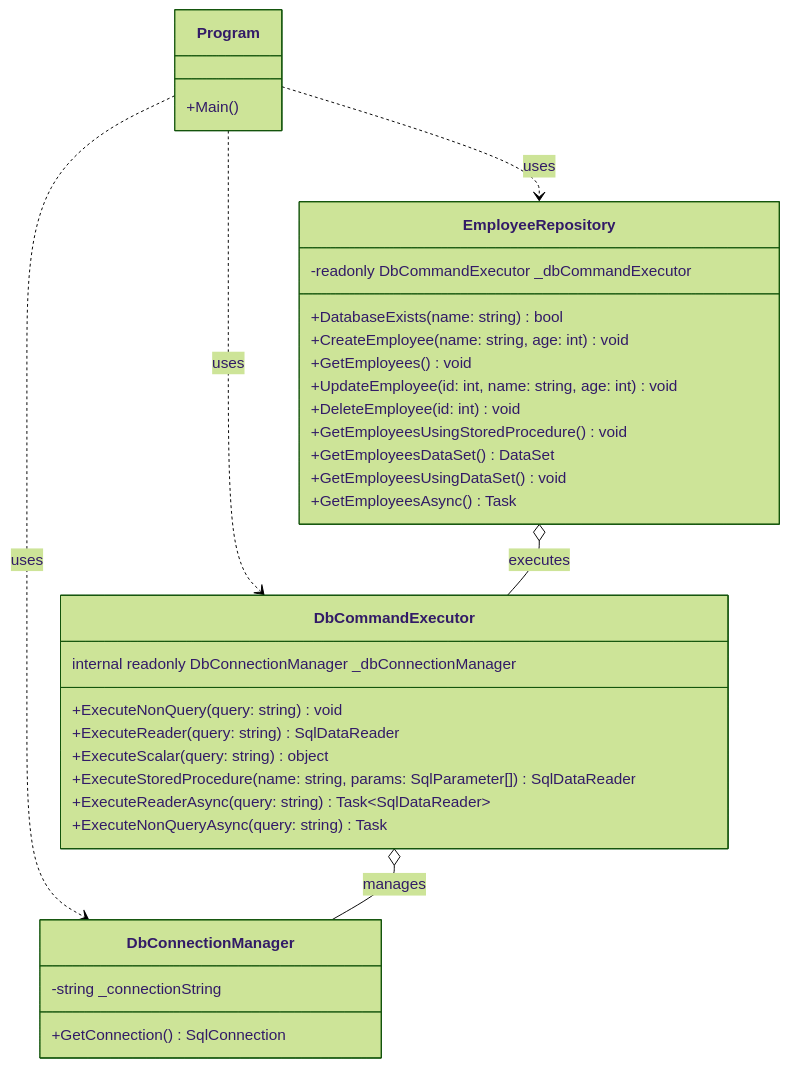
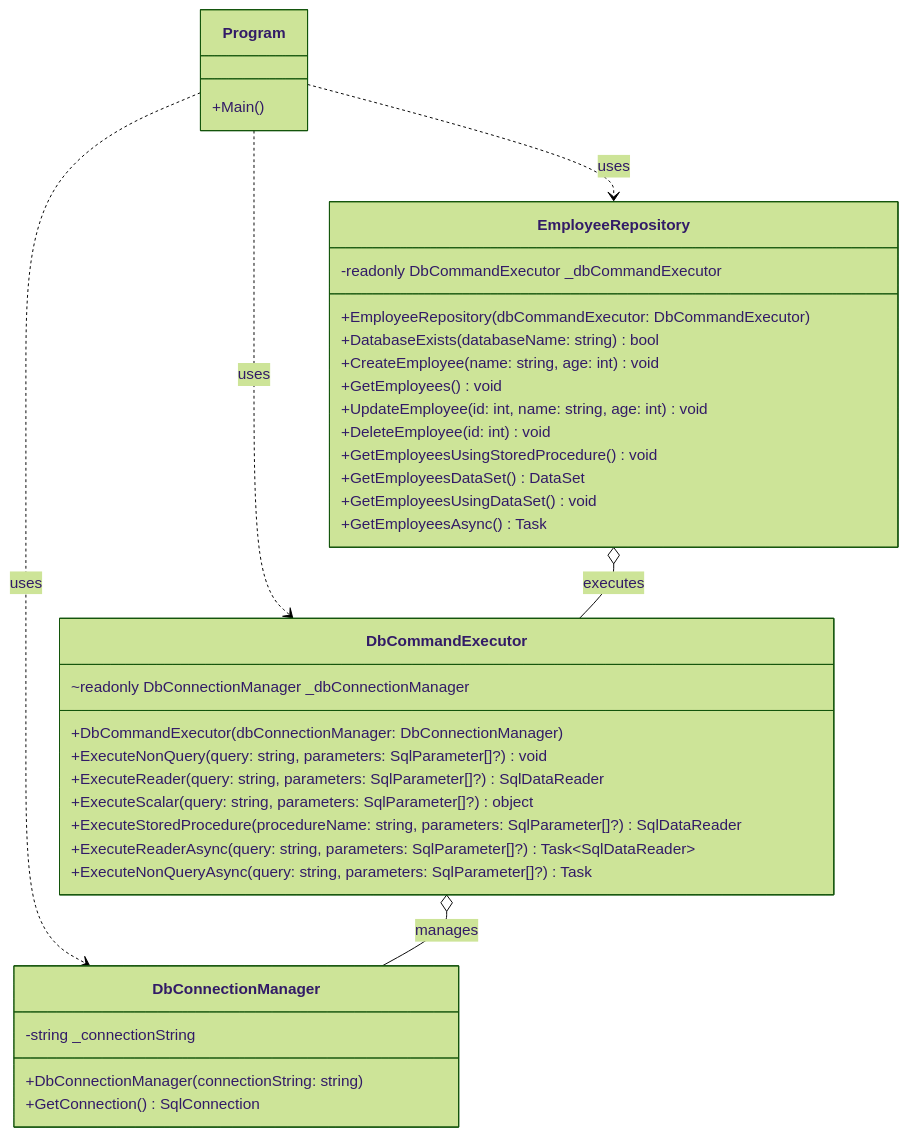
One commit to andikatjacobdennis/AdoDotNetCore changed the diagram in README.md. Above: the diagram before and after it, drawn with Mermaid (forest theme).

Commit message:
Updated class diagram

````diff
--- a/README.md
+++ b/README.md
@@ -104,41 +104,44 @@
 ```mermaid
 classDiagram
     class Program {
         +Main()
     }
 
     class DbConnectionManager {
         -string _connectionString
+        +DbConnectionManager(connectionString: string)
         +GetConnection() SqlConnection
     }
 
     class DbCommandExecutor {
-        internal readonly DbConnectionManager _dbConnectionManager
-        +ExecuteNonQuery(query: string) void
-        +ExecuteReader(query: string) SqlDataReader
-        +ExecuteScalar(query: string) object
-        +ExecuteStoredProcedure(name: string, params: SqlParameter[]) SqlDataReader
-        +ExecuteReaderAsync(query: string) Task~SqlDataReader~
-        +ExecuteNonQueryAsync(query: string) Task
+        ~readonly DbConnectionManager _dbConnectionManager
+        +DbCommandExecutor(dbConnectionManager: DbConnectionManager)
+        +ExecuteNonQuery(query: string, parameters: SqlParameter[]?) void
+        +ExecuteReader(query: string, parameters: SqlParameter[]?) SqlDataReader
+        +ExecuteScalar(query: string, parameters: SqlParameter[]?) object
+        +ExecuteStoredProcedure(procedureName: string, parameters: SqlParameter[]?) SqlDataReader
+        +ExecuteReaderAsync(query: string, parameters: SqlParameter[]?) Task~SqlDataReader~
+        +ExecuteNonQueryAsync(query: string, parameters: SqlParameter[]?) Task
     }
 
     class EmployeeRepository {
         -readonly DbCommandExecutor _dbCommandExecutor
-        +DatabaseExists(name: string) bool
+        +EmployeeRepository(dbCommandExecutor: DbCommandExecutor)
+        +DatabaseExists(databaseName: string) bool
         +CreateEmployee(name: string, age: int) void
         +GetEmployees() void
         +UpdateEmployee(id: int, name: string, age: int) void
         +DeleteEmployee(id: int) void
         +GetEmployeesUsingStoredProcedure() void
         +GetEmployeesDataSet() DataSet
         +GetEmployeesUsingDataSet() void
         +GetEmployeesAsync() Task
     }
 
     Program ..> DbConnectionManager : uses
     Program ..> DbCommandExecutor : uses
     Program ..> EmployeeRepository : uses
 
     DbCommandExecutor o-- DbConnectionManager : manages
     EmployeeRepository o-- DbCommandExecutor : executes
 ```
````
